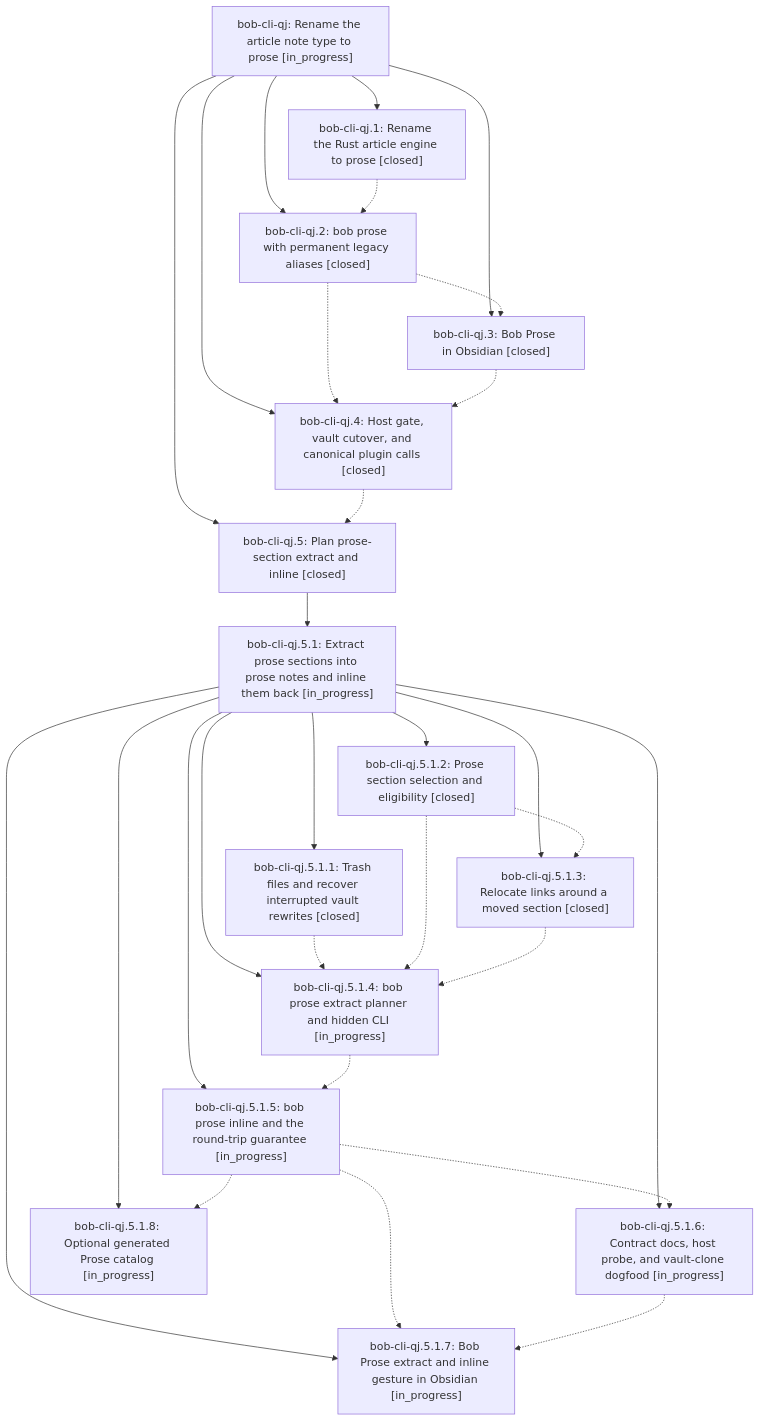
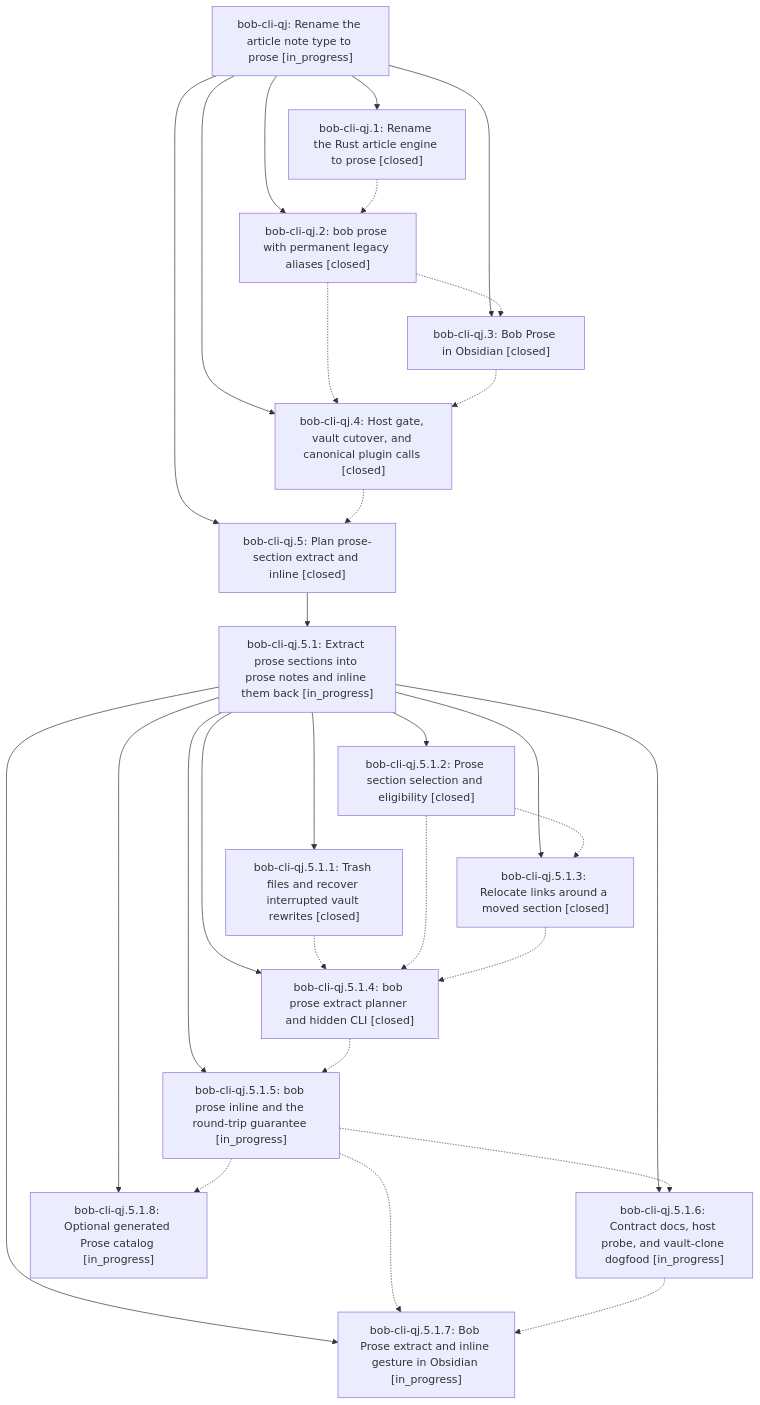
One commit to bobs-org/bob-cli--beads changed the diagram in pages/bob-cli-qj/README.md. Above: the diagram before and after it, drawn with Mermaid. The commit also changed other lines of this file and 6 other files, not shown here.

First line of the commit message:
chore(beads): sync bead state and pages for bob-cli-qj

````diff
--- a/pages/bob-cli-qj/README.md
+++ b/pages/bob-cli-qj/README.md
@@ -50,46 +50,46 @@
 ```mermaid
 flowchart TD
     n0["bob-cli-qj: Rename the article note type to prose [in_progress]"]
     n1["bob-cli-qj.1: Rename the Rust article engine to prose [closed]"]
     n2["bob-cli-qj.2: bob prose with permanent legacy aliases [closed]"]
     n3["bob-cli-qj.3: Bob Prose in Obsidian [closed]"]
     n4["bob-cli-qj.4: Host gate, vault cutover, and canonical plugin calls [closed]"]
     n5["bob-cli-qj.5: Plan prose-section extract and inline [closed]"]
     n6["bob-cli-qj.5.1: Extract prose sections into prose notes and inline them back [in_progress]"]
     n7["bob-cli-qj.5.1.1: Trash files and recover interrupted vault rewrites [closed]"]
     n8["bob-cli-qj.5.1.2: Prose section selection and eligibility [closed]"]
     n9["bob-cli-qj.5.1.3: Relocate links around a moved section [closed]"]
-    n10["bob-cli-qj.5.1.4: bob prose extract planner and hidden CLI [in_progress]"]
+    n10["bob-cli-qj.5.1.4: bob prose extract planner and hidden CLI [closed]"]
     n11["bob-cli-qj.5.1.5: bob prose inline and the round-trip guarantee [in_progress]"]
     n12["bob-cli-qj.5.1.6: Contract docs, host probe, and vault-clone dogfood [in_progress]"]
     n13["bob-cli-qj.5.1.7: Bob Prose extract and inline gesture in Obsidian [in_progress]"]
     n14["bob-cli-qj.5.1.8: Optional generated Prose catalog [in_progress]"]
     n0 --> n1
     n0 --> n2
     n0 --> n3
     n0 --> n4
     n0 --> n5
     n5 --> n6
     n6 --> n7
     n6 --> n8
     n6 --> n9
     n6 --> n10
     n6 --> n11
     n6 --> n12
     n6 --> n13
     n6 --> n14
     n1 -.-> n2
     n2 -.-> n3
     n2 -.-> n4
     n3 -.-> n4
     n4 -.-> n5
     n7 -.-> n10
     n8 -.-> n9
     n8 -.-> n10
     n9 -.-> n10
     n10 -.-> n11
     n11 -.-> n12
     n11 -.-> n13
     n11 -.-> n14
     n12 -.-> n13
 ```
````
